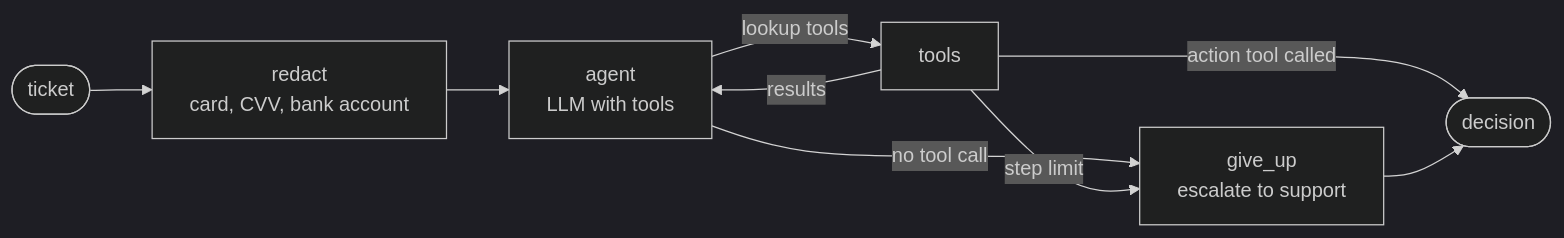
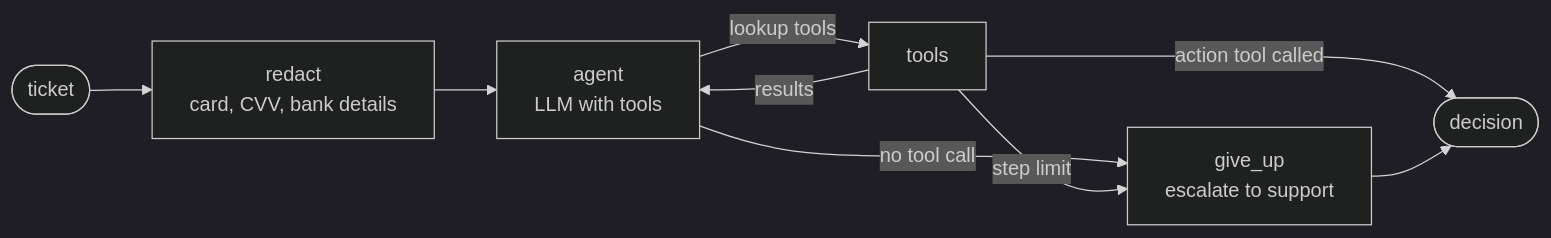
One commit to ax3cubed/support-triage-agent changed the diagram in README.md. Above: the diagram before and after it, drawn with Mermaid (dark theme). The commit also changed other lines of this file and 3 other files, not shown here.

First line of the commit message:
Mask UK bank account numbers and sort codes

````diff
--- a/README.md
+++ b/README.md
@@ -29,11 +29,11 @@
 ```mermaid
 flowchart LR
-    T([ticket]) --> R[redact<br/>card, CVV, bank account]
+    T([ticket]) --> R[redact<br/>card, CVV, bank details]
     R --> A[agent<br/>LLM with tools]
     A -- lookup tools --> X[tools]
     X -- results --> A
     X -- action tool called --> D([decision])
     A -- no tool call --> G[give_up<br/>escalate to support]
     X -- step limit --> G
     G --> D
 ```
````
